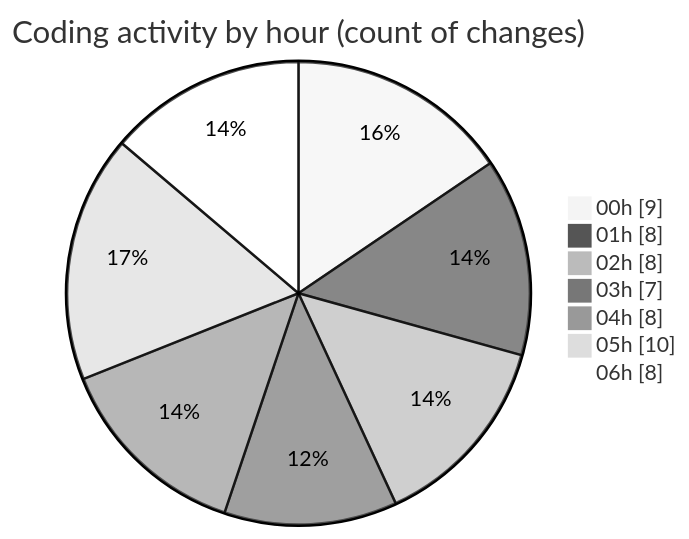
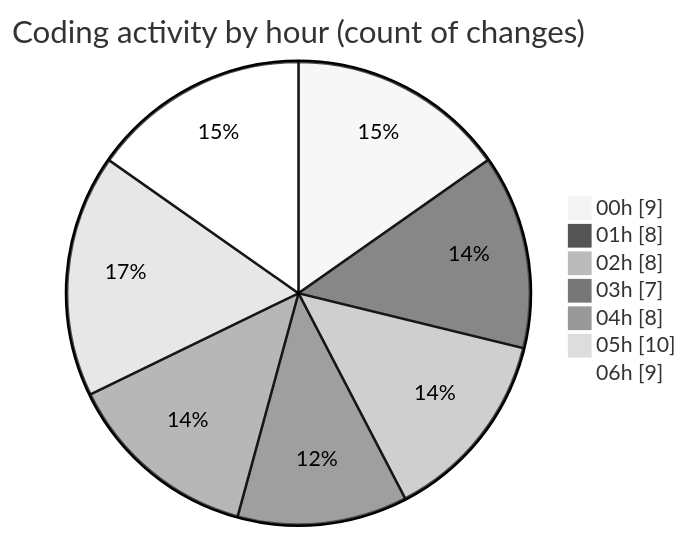
One commit to jrari/code-tracking changed the second of 2 diagrams in 2025-07-14/telebot/README.md. Above: the diagram before and after it, drawn with Mermaid (neutral theme). The commit also changed other lines of this file and 1 other file, not shown here.

````diff
--- a/2025-07-14/telebot/README.md
+++ b/2025-07-14/telebot/README.md
@@ -55,11 +55,11 @@
 ```mermaid
 pie showData
 title Coding activity by hour (count of changes)
 "00h" : 9
 "01h" : 8
 "02h" : 8
 "03h" : 7
 "04h" : 8
 "05h" : 10
-"06h" : 8
+"06h" : 9
 ```
````
